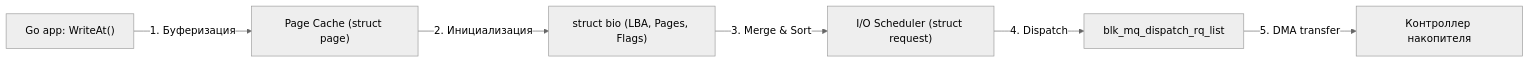
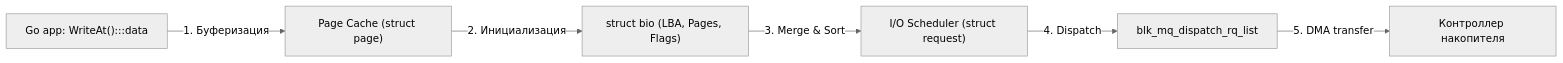
Before and after one commit to UnrealTemplier/go-textbook: the fifth of 6 diagrams in sources/2. Устройство и работа ОС/45. Scheduler диска и очередь запросов.md, drawn with Mermaid (neutral theme). The commit also changed other lines of this file and 1666 other files, not shown here.

First line of the commit message:
feat(mermaid): add semantic color classDef to 1369 colorless flowchart/graph diagrams

````diff
--- a/sources/2. Устройство и работа ОС/45. Scheduler диска и очередь запросов.md
+++ b/sources/2. Устройство и работа ОС/45. Scheduler диска и очередь запросов.md
@@ -177,8 +217,18 @@
 ```mermaid
 flowchart LR
-    App["Go app: WriteAt()"] -->|"1. Буферизация"| PC["Page Cache (struct page)"]
+    classDef process  fill:#1e293b,stroke:#38bdf8,stroke-width:1px,color:#f8fafc
+    classDef success  fill:#064e3b,stroke:#34d399,stroke-width:1px,color:#f8fafc
+    classDef error    fill:#7f1d1d,stroke:#f87171,stroke-width:1px,color:#f8fafc
+    classDef warning  fill:#78350f,stroke:#fbbf24,stroke-width:1px,color:#f8fafc
+    classDef entry    fill:#1e3a5f,stroke:#38bdf8,stroke-width:2px,color:#f8fafc
+    classDef aux      fill:#334155,stroke:#64748b,stroke-width:1px,color:#f8fafc
+    classDef system   fill:#312e81,stroke:#a78bfa,stroke-width:1px,color:#f8fafc
+    classDef data     fill:#132d29,stroke:#2dd4bf,stroke-width:1px,color:#f8fafc
+    classDef network  fill:#881337,stroke:#fb7185,stroke-width:1px,color:#f8fafc
+    classDef accent   fill:#1e1b4b,stroke:#818cf8,stroke-width:1px,color:#f8fafc
+    App["Go app: WriteAt():::data"] -->|"1. Буферизация"| PC["Page Cache (struct page)"]
     PC -->|"2. Инициализация"| Bio["struct bio (LBA, Pages, Flags)"]
     Bio -->|"3. Merge & Sort"| Sched["I/O Scheduler (struct request)"]
     Sched -->|"4. Dispatch"| Driver["blk_mq_dispatch_rq_list"]
     Driver -->|"5. DMA transfer"| Disk["Контроллер накопителя"]
 ```
````
